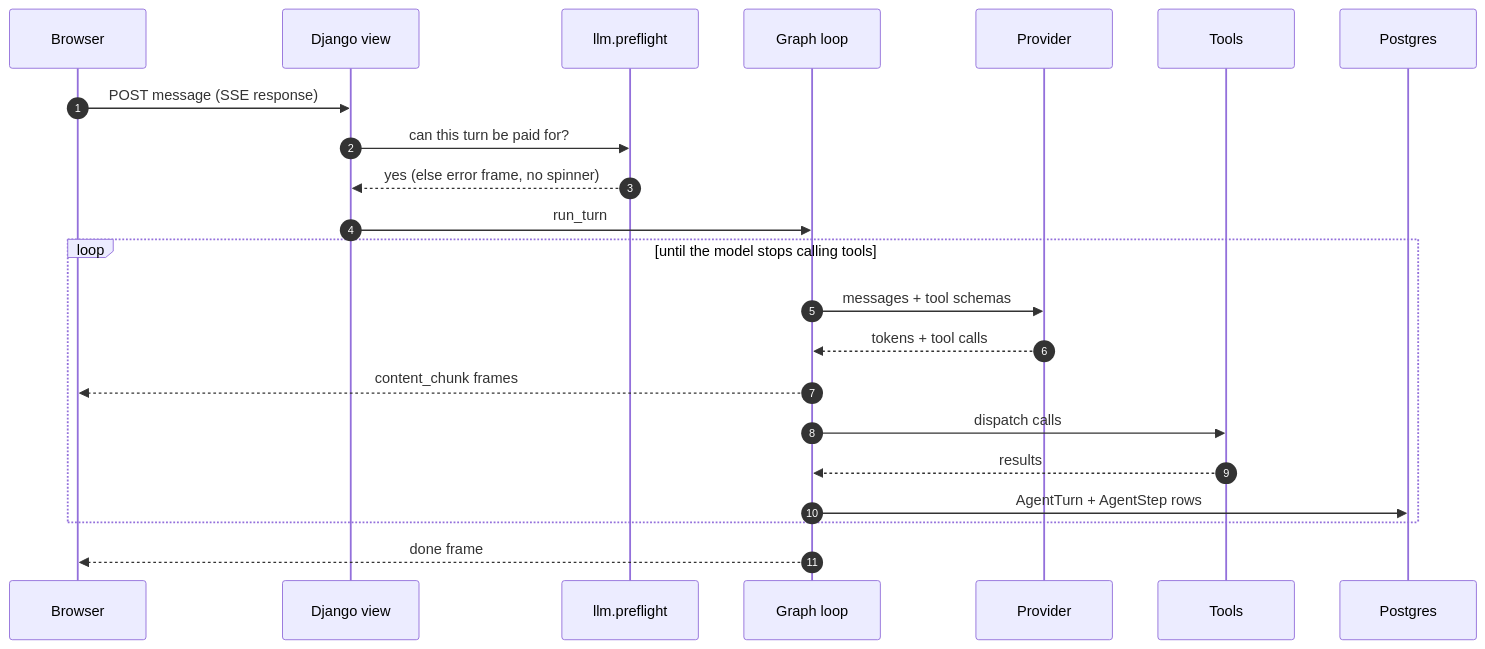
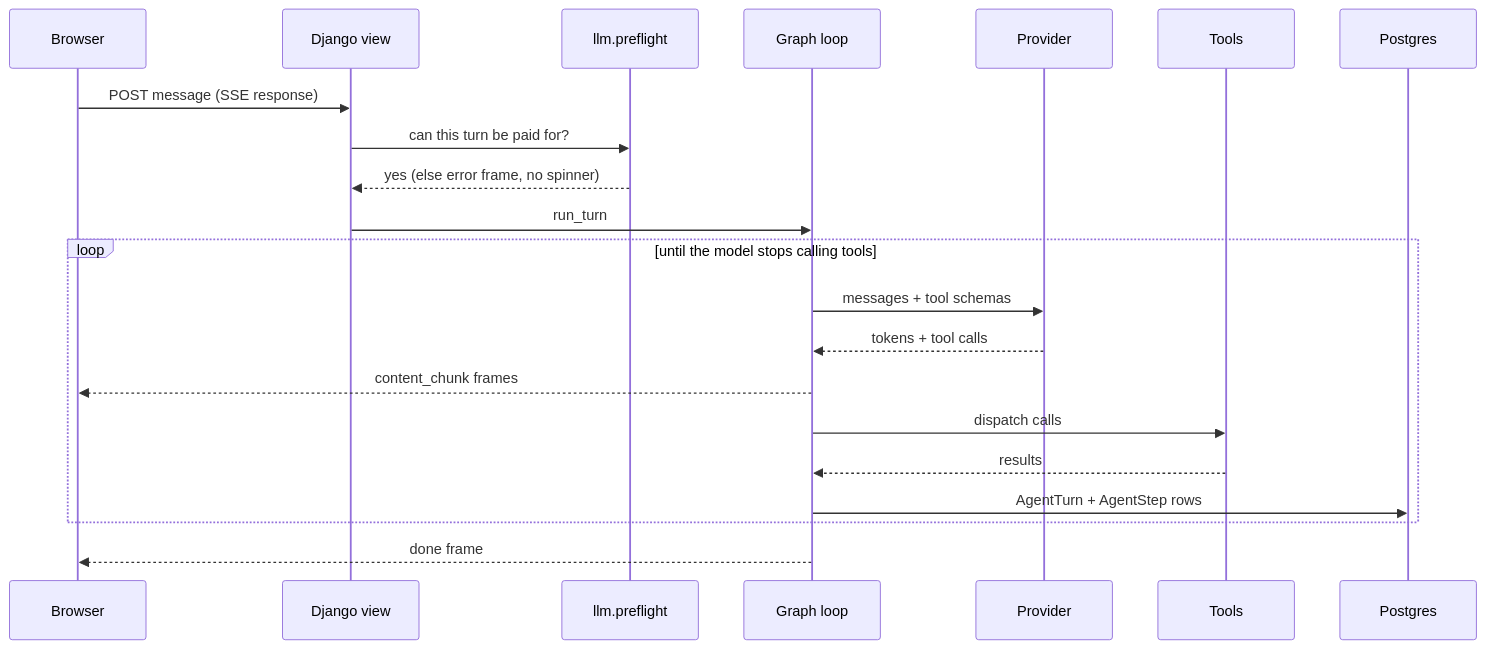
The third of 7 diagrams in LLD_Guide/01_HLD_and_Object_Model.md (KaushalJainAI/AIAAS), drawn with Mermaid before and after one commit. The commit also changed other lines of this file and 323 other files, not shown here.

````diff
--- a/LLD_Guide/01_HLD_and_Object_Model.md
+++ b/LLD_Guide/01_HLD_and_Object_Model.md
@@ -101,24 +98,23 @@
 ```mermaid
 sequenceDiagram
-    autonumber
     participant UI as Browser
     participant API as Django view
     participant PF as llm.preflight
     participant G as Graph loop
     participant LLM as Provider
     participant T as Tools
     participant DB as Postgres
     UI->>API: POST message (SSE response)
     API->>PF: can this turn be paid for?
     PF-->>API: yes (else error frame, no spinner)
     API->>G: run_turn
     loop until the model stops calling tools
         G->>LLM: messages + tool schemas
         LLM-->>G: tokens + tool calls
         G-->>UI: content_chunk frames
         G->>T: dispatch calls
         T-->>G: results
         G->>DB: AgentTurn + AgentStep rows
     end
     G-->>UI: done frame
 ```
````
